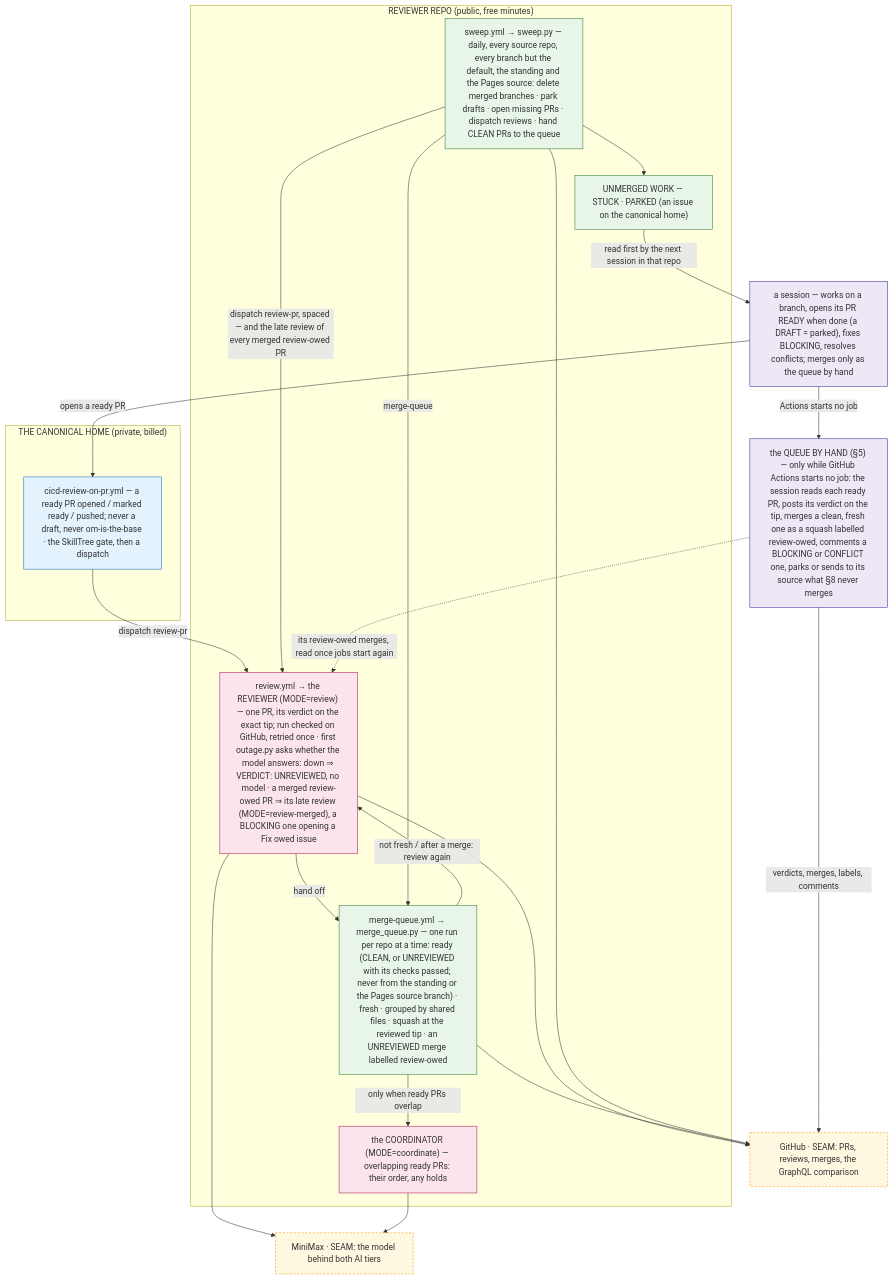
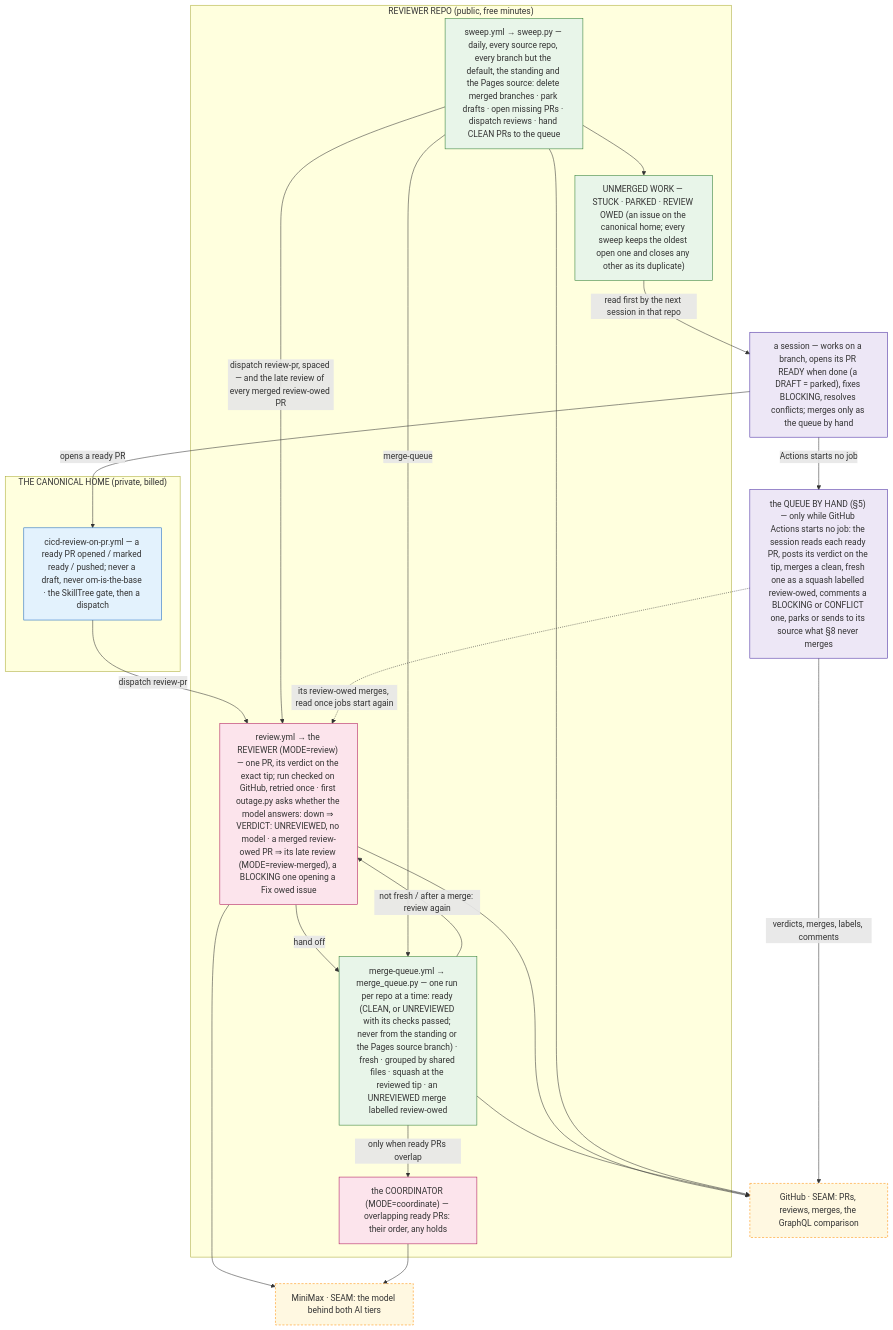
Before and after one commit to sancovp/cicd-reviewer: the diagram in .claude/rules/21-architecture-diagrams.md, drawn with Mermaid. The commit also changed 9 other files, not shown here.

````diff
--- a/.claude/rules/21-architecture-diagrams.md
+++ b/.claude/rules/21-architecture-diagrams.md
@@ -10,41 +10,41 @@
 ```mermaid
 flowchart TB
   classDef session fill:#ede7f6,stroke:#4527a0;
   classDef trig fill:#e3f2fd,stroke:#1565c0;
   classDef ai fill:#fce4ec,stroke:#ad1457;
   classDef det fill:#e8f5e9,stroke:#2e7d32;
   classDef dep fill:#fff8e1,stroke:#ff8f00,stroke-dasharray:4 3;
 
   SESSION["a session — works on a branch, opens its PR READY when done (a DRAFT = parked), fixes BLOCKING, resolves conflicts; merges only as the queue by hand"]:::session
   BYHAND["the QUEUE BY HAND (§5) — only while GitHub Actions starts no job: the session reads each ready PR, posts its verdict on the tip, merges a clean, fresh one as a squash labelled review-owed, comments a BLOCKING or CONFLICT one, parks or sends to its source what §8 never merges"]:::session
   subgraph HOME["THE CANONICAL HOME (private, billed)"]
     TRIG["cicd-review-on-pr.yml — a ready PR opened / marked ready / pushed; never a draft, never om-is-the-base · the SkillTree gate, then a dispatch"]:::trig
   end
   subgraph REV["REVIEWER REPO (public, free minutes)"]
     REVIEW["review.yml → the REVIEWER (MODE=review) — one PR, its verdict on the exact tip; run checked on GitHub, retried once · first outage.py asks whether the model answers: down ⇒ VERDICT: UNREVIEWED, no model · a merged review-owed PR ⇒ its late review (MODE=review-merged), a BLOCKING one opening a Fix owed issue"]:::ai
     QUEUE["merge-queue.yml → merge_queue.py — one run per repo at a time: ready (CLEAN, or UNREVIEWED with its checks passed; never from the standing or the Pages source branch) · fresh · grouped by shared files · squash at the reviewed tip · an UNREVIEWED merge labelled review-owed"]:::det
     COORD["the COORDINATOR (MODE=coordinate) — overlapping ready PRs: their order, any holds"]:::ai
     SWEEP["sweep.yml → sweep.py — daily, every source repo, every branch but the default, the standing and the Pages source: delete merged branches · park drafts · open missing PRs · dispatch reviews · hand CLEAN PRs to the queue"]:::det
-    ISSUE["UNMERGED WORK — STUCK · PARKED (an issue on the canonical home)"]:::det
+    ISSUE["UNMERGED WORK — STUCK · PARKED · REVIEW OWED (an issue on the canonical home; every sweep keeps the oldest open one and closes any other as its duplicate)"]:::det
   end
   GH["GitHub · SEAM: PRs, reviews, merges, the GraphQL comparison"]:::dep
   MODEL["MiniMax · SEAM: the model behind both AI tiers"]:::dep
 
   SESSION -->|"opens a ready PR"| TRIG
   TRIG -->|"dispatch review-pr"| REVIEW
   REVIEW -->|"hand off"| QUEUE
   QUEUE -->|"only when ready PRs overlap"| COORD
   QUEUE -->|"not fresh / after a merge: review again"| REVIEW
   SWEEP -->|"dispatch review-pr, spaced — and the late review of every merged review-owed PR"| REVIEW
   SWEEP -->|"merge-queue"| QUEUE
   SWEEP --> ISSUE
   ISSUE -->|"read first by the next session in that repo"| SESSION
   REVIEW --> GH
   QUEUE --> GH
   SWEEP --> GH
   REVIEW --> MODEL
   COORD --> MODEL
   SESSION -->|"Actions starts no job"| BYHAND
   BYHAND -->|"verdicts, merges, labels, comments"| GH
   BYHAND -.->|"its review-owed merges, read once jobs start again"| REVIEW
 ```
````
